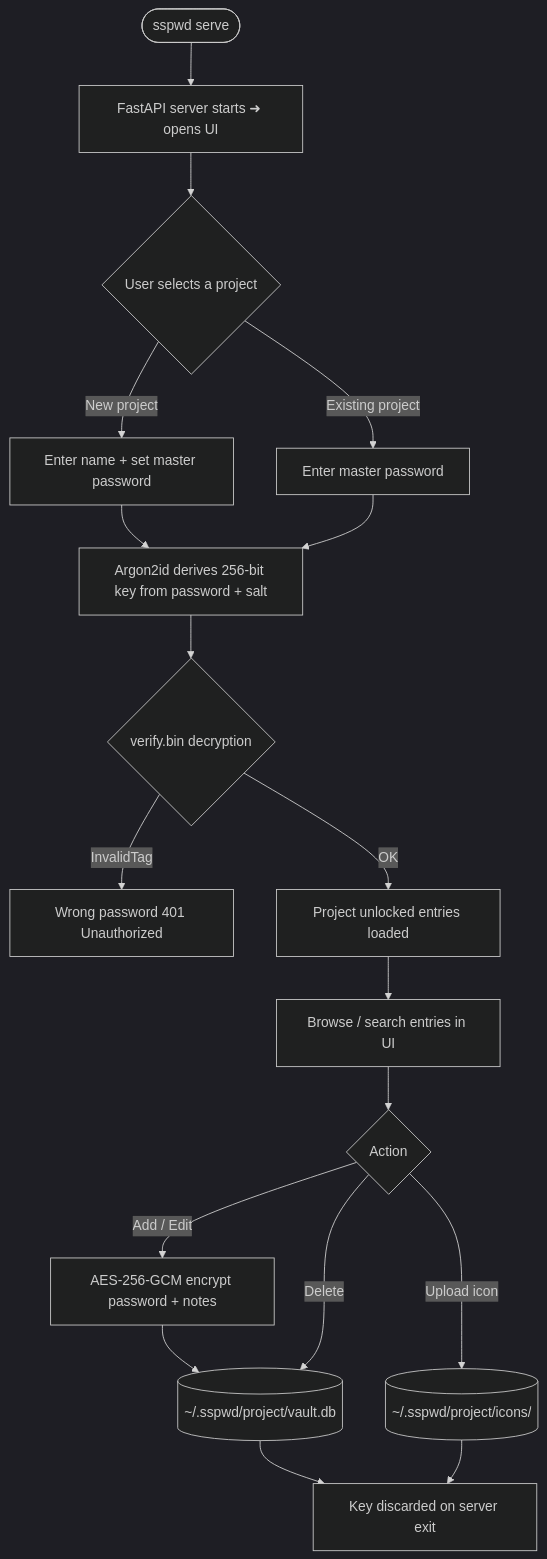
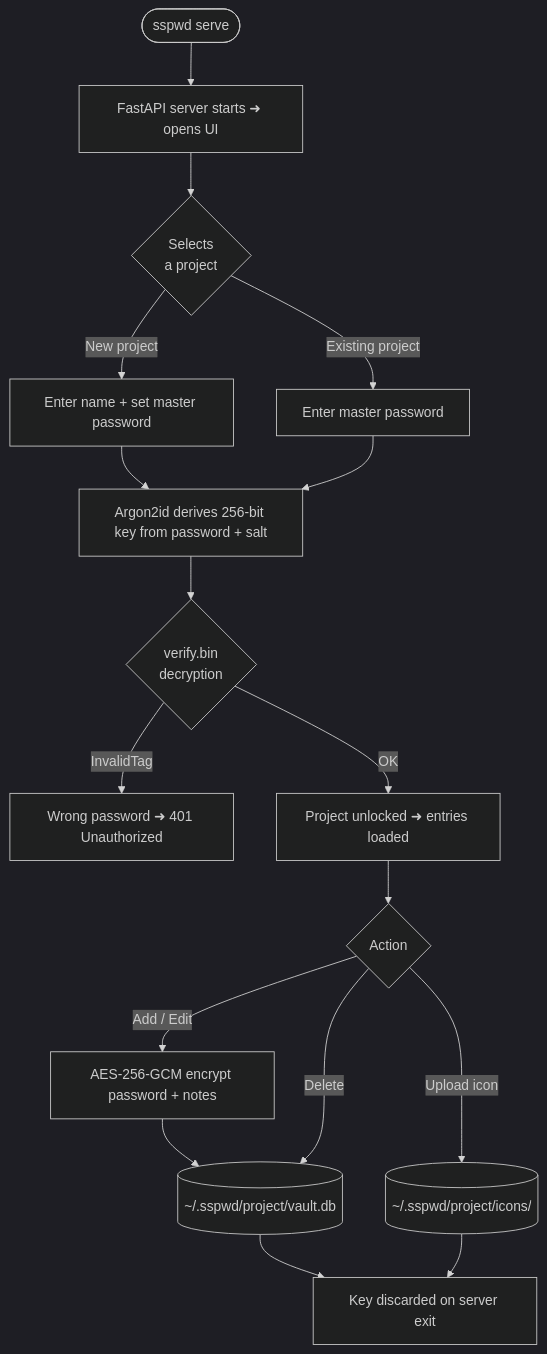
Before and after one commit to yauheniya-ai/sspwd: the diagram in README.md, drawn with Mermaid (dark theme). The commit also changed 1 other file, not shown here.

Commit message:
docs: Update flowchart

````diff
--- a/README.md
+++ b/README.md
@@ -96,28 +96,27 @@
 ```mermaid
 flowchart TD
     A([sspwd serve]) --> B[FastAPI server starts ➜ opens UI]
 
-    B --> D{User selects a project}
+    B --> D{Selects<br>a project}
 
     D -->|New project| E[Enter name + set master password]
     D -->|Existing project| F[Enter master password]
 
     E --> G[Argon2id derives 256-bit key from password + salt]
     F --> G
 
-    G --> H{verify.bin decryption}
-    H -->|InvalidTag| I[Wrong password 401 Unauthorized]
-    H -->|OK| J[Project unlocked entries loaded]
+    G --> H{verify.bin<br>decryption}
+    H -->|InvalidTag| I[Wrong password ➜ 401 Unauthorized]
+    H -->|OK| J[Project unlocked ➜ entries loaded]
 
-    J --> K[Browse / search entries in UI]
-    K --> L{Action}
+    J --> L{Action}
 
     L -->|Add / Edit| M[AES-256-GCM encrypt password + notes]
     M --> N[(~/.sspwd/project/vault.db )]
 
     L -->|Delete| N
     L -->|Upload icon| O[(~/.sspwd/project/icons/)]
 
     N --> P[Key discarded on server exit]
     O --> P
 ```
````
